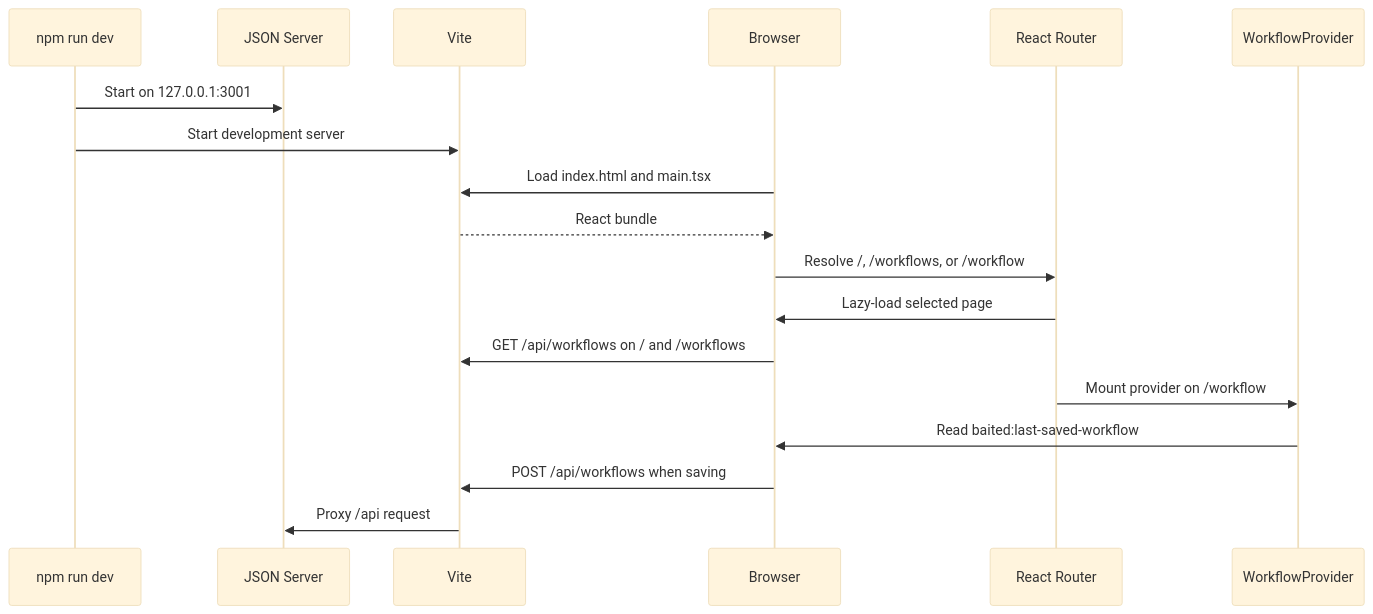
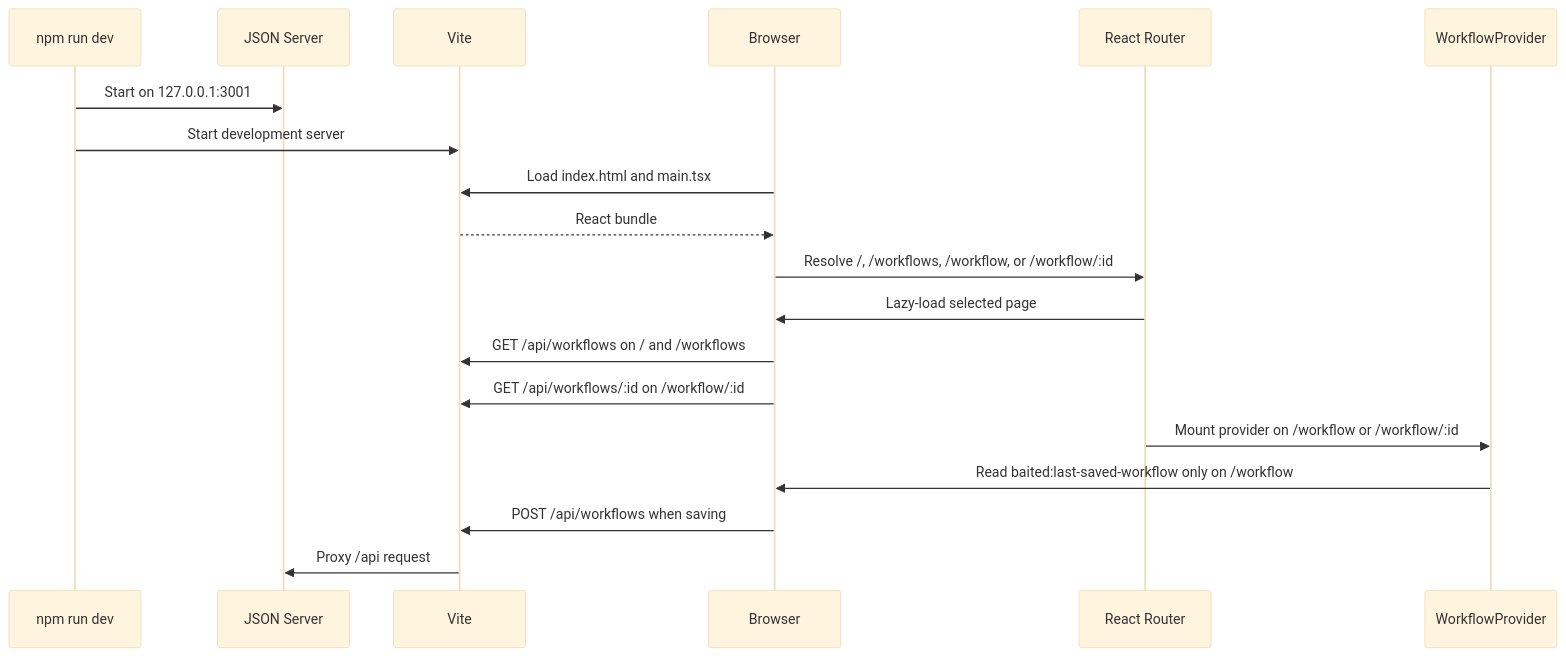
The diagram in docs/02-bootstrap-and-runtime.md (alezemelo/Baited), drawn with Mermaid (base theme) before and after one commit. The commit also changed other lines of this file and 13 other files, not shown here.

Commit message:
feat: implement workflow opening by ID with direct linking and API integration

````diff
--- a/docs/02-bootstrap-and-runtime.md
+++ b/docs/02-bootstrap-and-runtime.md
@@ -16,21 +16,22 @@
 ```mermaid
 sequenceDiagram
   participant CLI as npm run dev
   participant API as JSON Server
   participant Vite as Vite
   participant Browser as Browser
   participant Router as React Router
   participant Provider as WorkflowProvider
 
   CLI->>API: Start on 127.0.0.1:3001
   CLI->>Vite: Start development server
   Browser->>Vite: Load index.html and main.tsx
   Vite-->>Browser: React bundle
-  Browser->>Router: Resolve /, /workflows, or /workflow
+  Browser->>Router: Resolve /, /workflows, /workflow, or /workflow/:id
   Router->>Browser: Lazy-load selected page
   Browser->>Vite: GET /api/workflows on / and /workflows
-  Router->>Provider: Mount provider on /workflow
-  Provider->>Browser: Read baited:last-saved-workflow
+  Browser->>Vite: GET /api/workflows/:id on /workflow/:id
+  Router->>Provider: Mount provider on /workflow or /workflow/:id
+  Provider->>Browser: Read baited:last-saved-workflow only on /workflow
   Browser->>Vite: POST /api/workflows when saving
   Vite->>API: Proxy /api request
 ```
````
